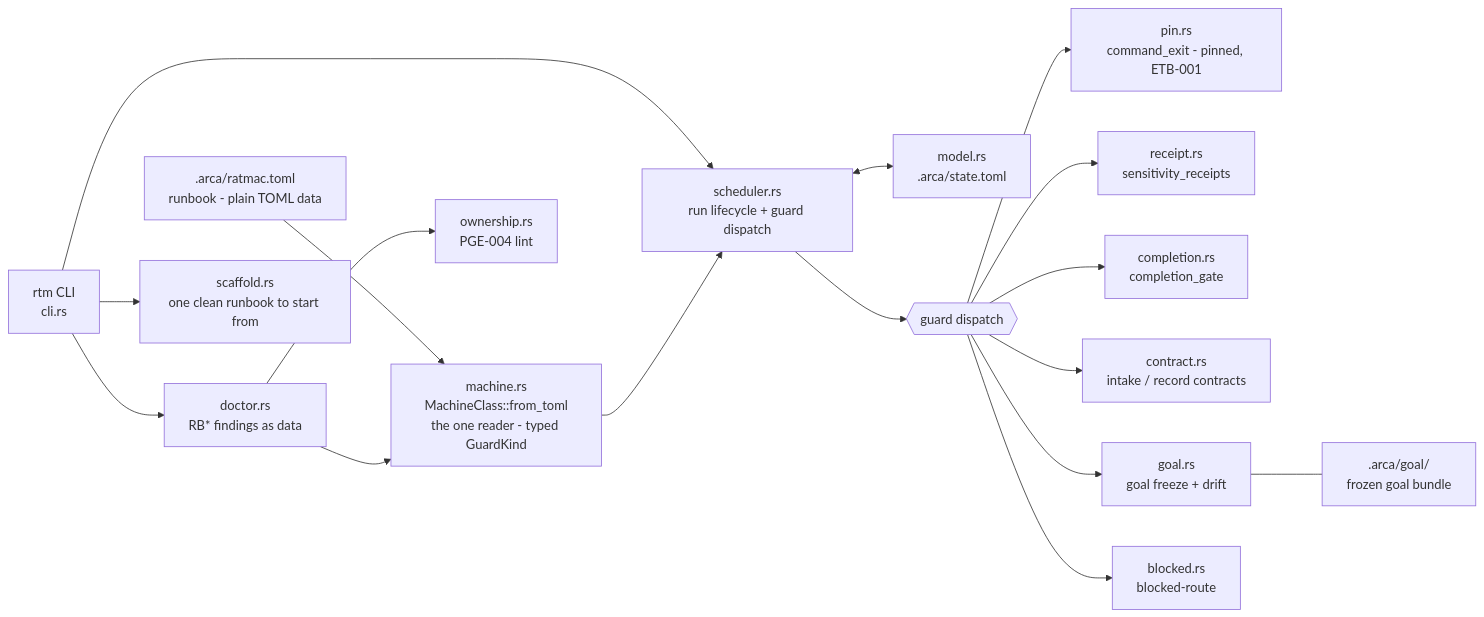
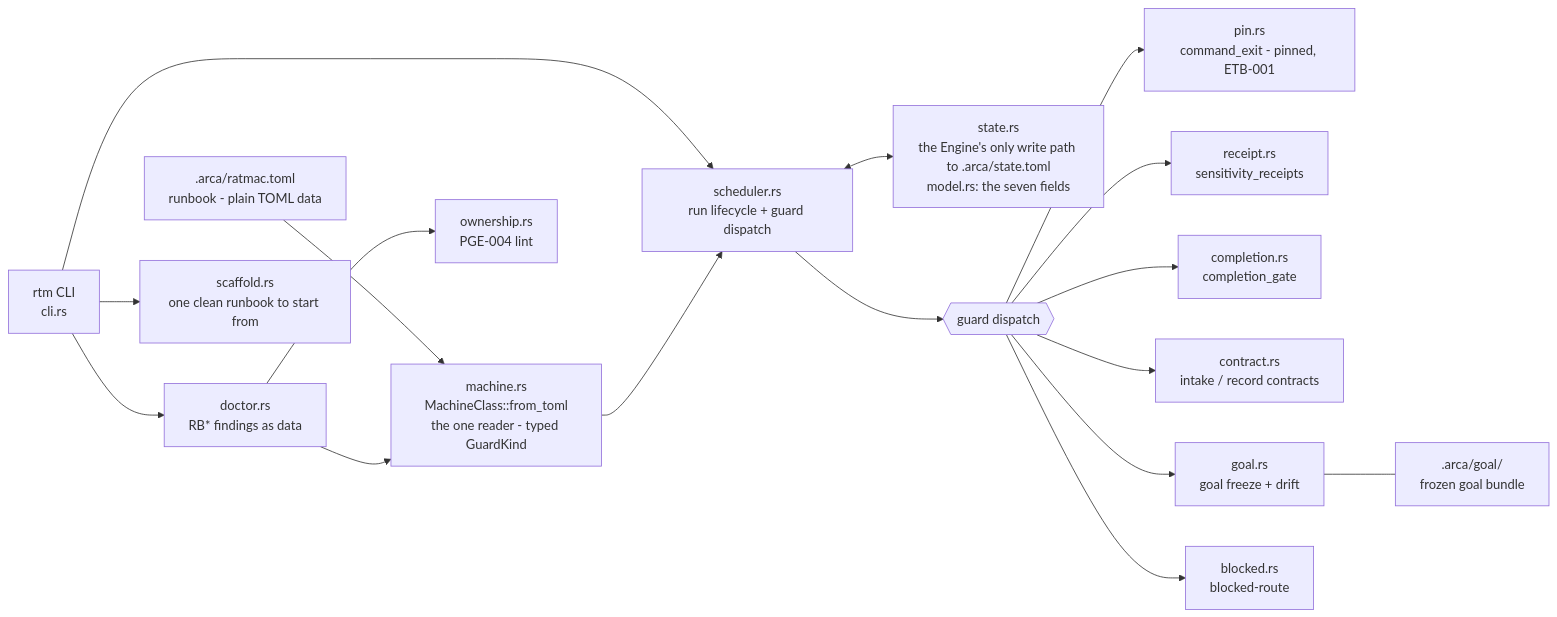
One commit to egoisth777/ratmac changed the diagram in .arca/index.md. Above: the diagram before and after it, drawn with Mermaid. The commit also changed other lines of this file and 44 other files, not shown here.

````diff
--- a/.arca/index.md
+++ b/.arca/index.md
@@ -29,19 +29,19 @@
 ```mermaid
 flowchart LR
     CLI["rtm CLI<br/>cli.rs"] --> SCH["scheduler.rs<br/>run lifecycle + guard dispatch"]
     RB[".arca/ratmac.toml<br/>runbook - plain TOML data"] --> MC["machine.rs<br/>MachineClass::from_toml<br/>the one reader - typed GuardKind"]
     MC --> SCH
-    SCH <--> ST["model.rs<br/>.arca/state.toml"]
+    SCH <--> ST["state.rs<br/>the Engine's only write path to .arca/state.toml<br/>model.rs: the seven fields"]
     SCH --> G{{guard dispatch}}
     G --> PIN["pin.rs<br/>command_exit - pinned, ETB-001"]
     G --> REC["receipt.rs<br/>sensitivity_receipts"]
     G --> COM["completion.rs<br/>completion_gate"]
     G --> CON["contract.rs<br/>intake / record contracts"]
     G --> GOL["goal.rs<br/>goal freeze + drift"]
     G --> BLK["blocked.rs<br/>blocked-route"]
     GOL --- GB[".arca/goal/<br/>frozen goal bundle"]
     CLI --> DOC["doctor.rs<br/>RB* findings as data"]
     CLI --> SCA["scaffold.rs<br/>one clean runbook to start from"]
     DOC --> MC
     DOC --> OWN["ownership.rs<br/>PGE-004 lint"]
 ```
````
